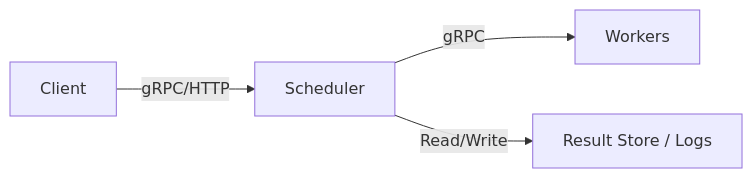
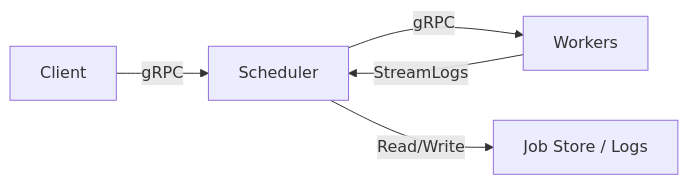
The diagram in README.md (dheeraj-sn/distributed-orchestrator), drawn with Mermaid before and after one commit. The commit also changed other lines of this file, not shown here.

````diff
--- a/README.md
+++ b/README.md
@@ -17,6 +24,7 @@
 ```mermaid
 graph LR
-    Client -- gRPC/HTTP --> Scheduler
+    Client -- gRPC --> Scheduler
     Scheduler -- gRPC --> Workers
-    Scheduler -- Read/Write --> Store[Result Store / Logs]
+    Workers -- StreamLogs --> Scheduler
+    Scheduler -- Read/Write --> Store[Job Store / Logs]
 ```
````
